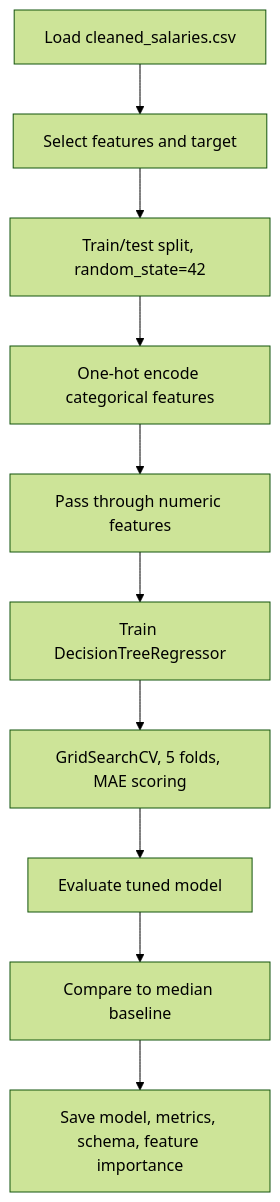
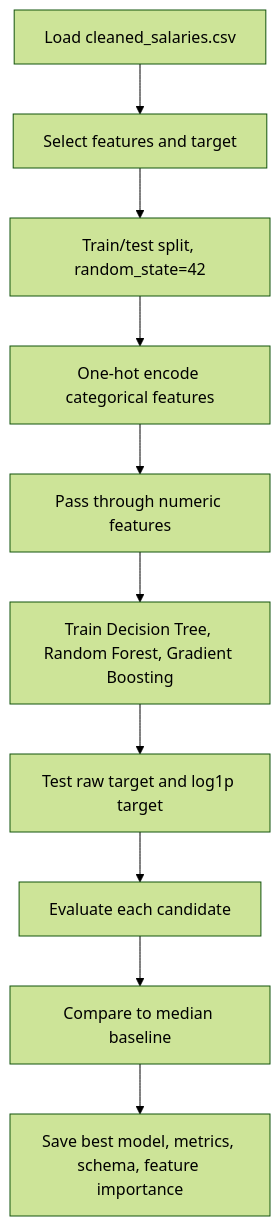
One commit to baderkothman/salary-prediction-app changed the first of 2 diagrams in docs/ai-workflow.md. Above: the diagram before and after it, drawn with Mermaid (forest theme). The commit also changed other lines of this file and 16 other files, not shown here.

First line of the commit message:
Refactor model training and documentation: update model pipeline references, enhance data cleaning steps, and improve evaluation metrics

````diff
--- a/docs/ai-workflow.md
+++ b/docs/ai-workflow.md
@@ -45,12 +47,12 @@
 ```mermaid
 flowchart TD
     A[Load cleaned_salaries.csv] --> B[Select features and target]
     B --> C[Train/test split, random_state=42]
     C --> D[One-hot encode categorical features]
     D --> E[Pass through numeric features]
-    E --> F[Train DecisionTreeRegressor]
-    F --> G[GridSearchCV, 5 folds, MAE scoring]
-    G --> H[Evaluate tuned model]
+    E --> F[Train Decision Tree, Random Forest, Gradient Boosting]
+    F --> G[Test raw target and log1p target]
+    G --> H[Evaluate each candidate]
     H --> I[Compare to median baseline]
-    I --> J[Save model, metrics, schema, feature importance]
+    I --> J[Save best model, metrics, schema, feature importance]
 ```
````
